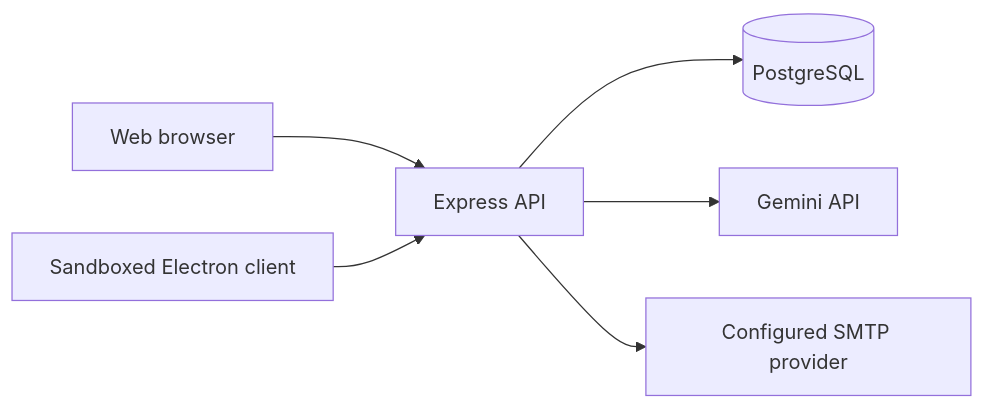
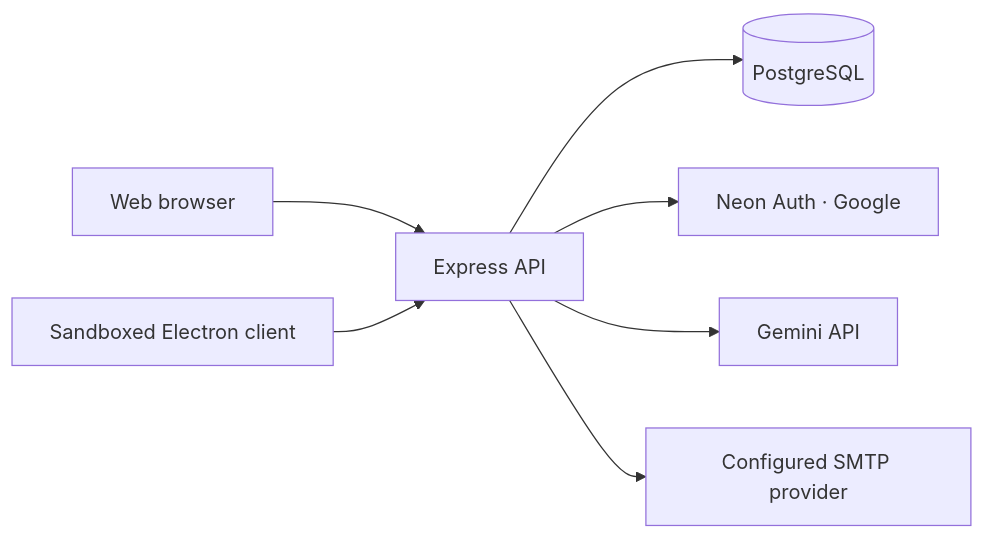
Before and after one commit to imsayon/niyam: the diagram in README.md, drawn with Mermaid. The commit also changed other lines of this file and 13 other files, not shown here.

````diff
--- a/README.md
+++ b/README.md
@@ -39,8 +42,9 @@
 ```mermaid
 flowchart LR
     Browser[Web browser] --> API[Express API]
     Desktop[Sandboxed Electron client] --> API
     API --> DB[(PostgreSQL)]
+    API --> Auth[Neon Auth · Google]
     API --> Gemini[Gemini API]
     API --> SMTP[Configured SMTP provider]
 ```
````
